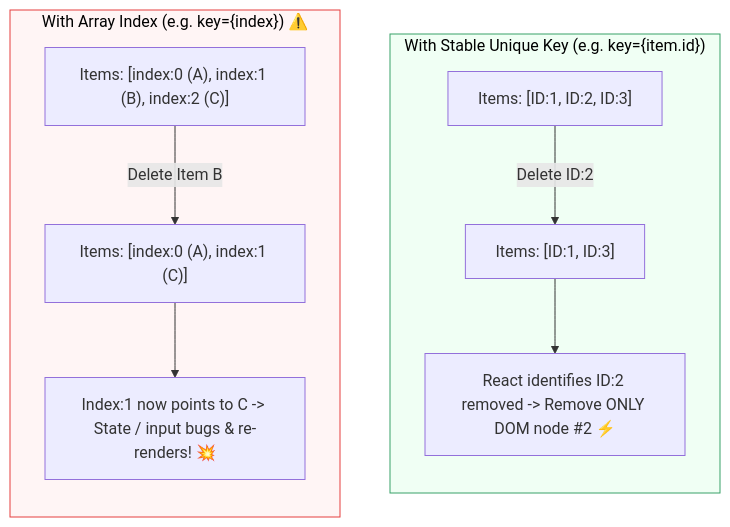
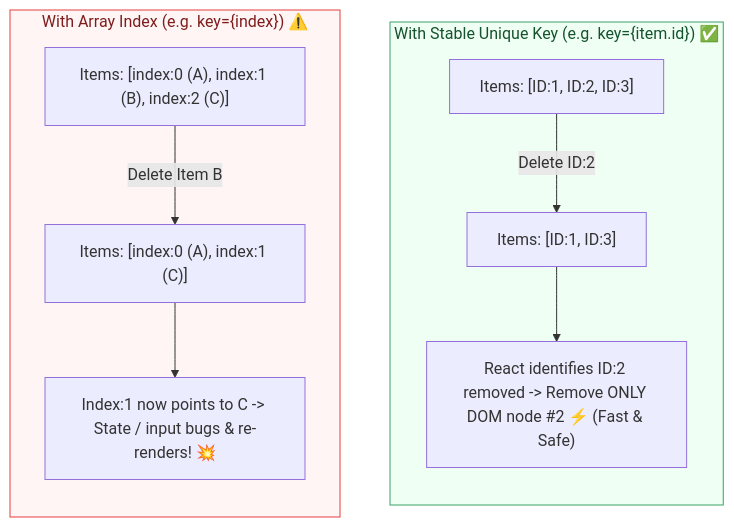
One commit to Ari-ICU/full-stack-short-coures changed the diagram in src/courses/react/module-2-props-lists-conditional/03-list-rendering-keys.mdx. Above: the diagram before and after it, drawn with Mermaid. The commit also changed other lines of this file and 5 other files, not shown here.

````diff
--- a/src/courses/react/module-2-props-lists-conditional/03-list-rendering-keys.mdx
+++ b/src/courses/react/module-2-props-lists-conditional/03-list-rendering-keys.mdx
@@ -54,17 +98,17 @@
 ```mermaid
 flowchart TD
-    subgraph WithUniqueKey["With Stable Unique Key (e.g. key={item.id})"]
+    subgraph WithUniqueKey["With Stable Unique Key (e.g. key={item.id}) ✅"]
         direction TB
         K1["Items: [ID:1, ID:2, ID:3]"] -->|Delete ID:2| K2["Items: [ID:1, ID:3]"]
-        K2 --> K3["React identifies ID:2 removed -> Remove ONLY DOM node #2 ⚡"]
+        K2 --> K3["React identifies ID:2 removed -> Remove ONLY DOM node #2 ⚡ (Fast & Safe)"]
     end
 
     subgraph WithoutKeyOrIndex["With Array Index (e.g. key={index}) ⚠️"]
         direction TB
         I1["Items: [index:0 (A), index:1 (B), index:2 (C)]"] -->|Delete Item B| I2["Items: [index:0 (A), index:1 (C)]"]
         I2 --> I3["Index:1 now points to C -> State / input bugs & re-renders! 💥"]
     end
 
-    style WithUniqueKey fill:#f0fff4,stroke:#38a169,color:#000
-    style WithoutKeyOrIndex fill:#fff5f5,stroke:#e53e3e,color:#000
+    style WithUniqueKey fill:#f0fff4,stroke:#38a169,color:#14532d
+    style WithoutKeyOrIndex fill:#fff5f5,stroke:#e53e3e,color:#7f1d1d
 ```
````
